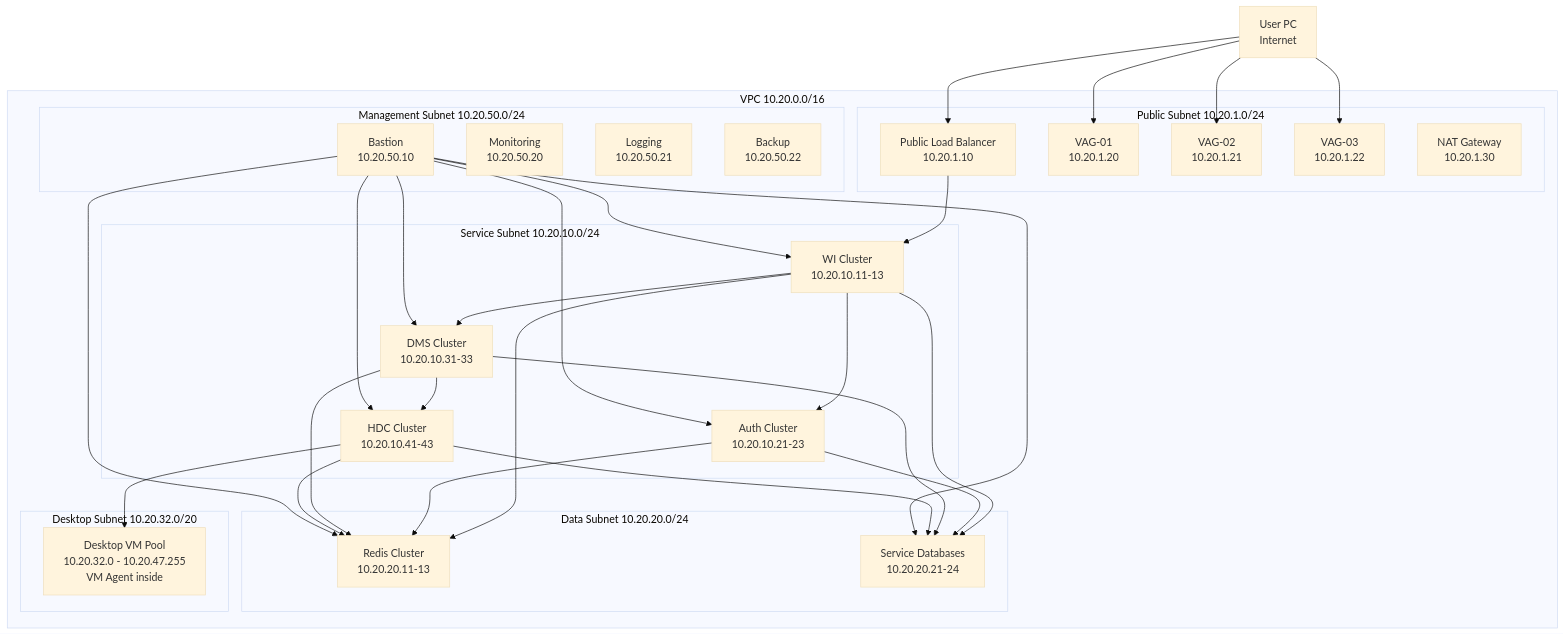
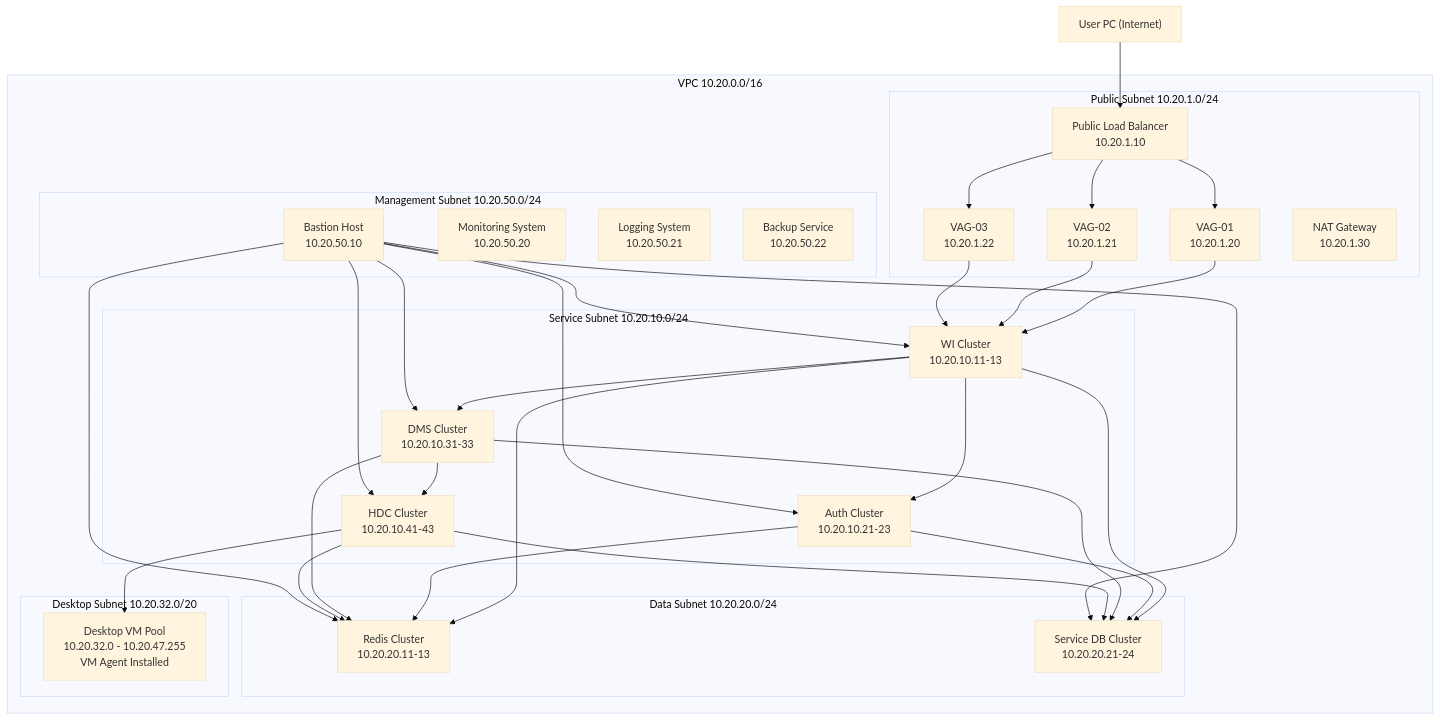
Before and after one commit to mybsam12138/backend-notes: the diagram in application/cloud desktop/network/cloud-desktop-network-architecture.md, drawn with Mermaid (base theme).

Commit message:
update the network graph

```diff
--- a/application/cloud desktop/network/cloud-desktop-network-architecture.md
+++ b/application/cloud desktop/network/cloud-desktop-network-architecture.md
@@ -297,8 +297,7 @@
 %% ========================
 %% INTERNET
 %% ========================
-User["User PC
-Internet"]
+User["User PC (Internet)"]
 
 %% ========================
 %% VPC
@@ -348,7 +347,7 @@
 Redis["Redis Cluster
 10.20.20.11-13"]
 
-DB["Service Databases
+DB["Service DB Cluster
 10.20.20.21-24"]
 
 end
@@ -358,23 +357,23 @@
 
 VM["Desktop VM Pool
 10.20.32.0 - 10.20.47.255
-VM Agent inside"]
+VM Agent Installed"]
 
 end
 
 %% ---------- MGMT ----------
 subgraph Mgmt["Management Subnet 10.20.50.0/24"]
 
-Bastion["Bastion
+Bastion["Bastion Host
 10.20.50.10"]
 
-Monitor["Monitoring
+Monitor["Monitoring System
 10.20.50.20"]
 
-Logs["Logging
+Logs["Logging System
 10.20.50.21"]
 
-Backup["Backup
+Backup["Backup Service
 10.20.50.22"]
 
 end
@@ -386,11 +385,15 @@
 %% ========================
 
 User --> LB
-User --> VAG1
-User --> VAG2
-User --> VAG3
 
-LB --> WI
+LB --> VAG1
+LB --> VAG2
+LB --> VAG3
+
+VAG1 --> WI
+VAG2 --> WI
+VAG3 --> WI
+
 WI --> AUTH
 WI --> DMS
 DMS --> HDC
```
